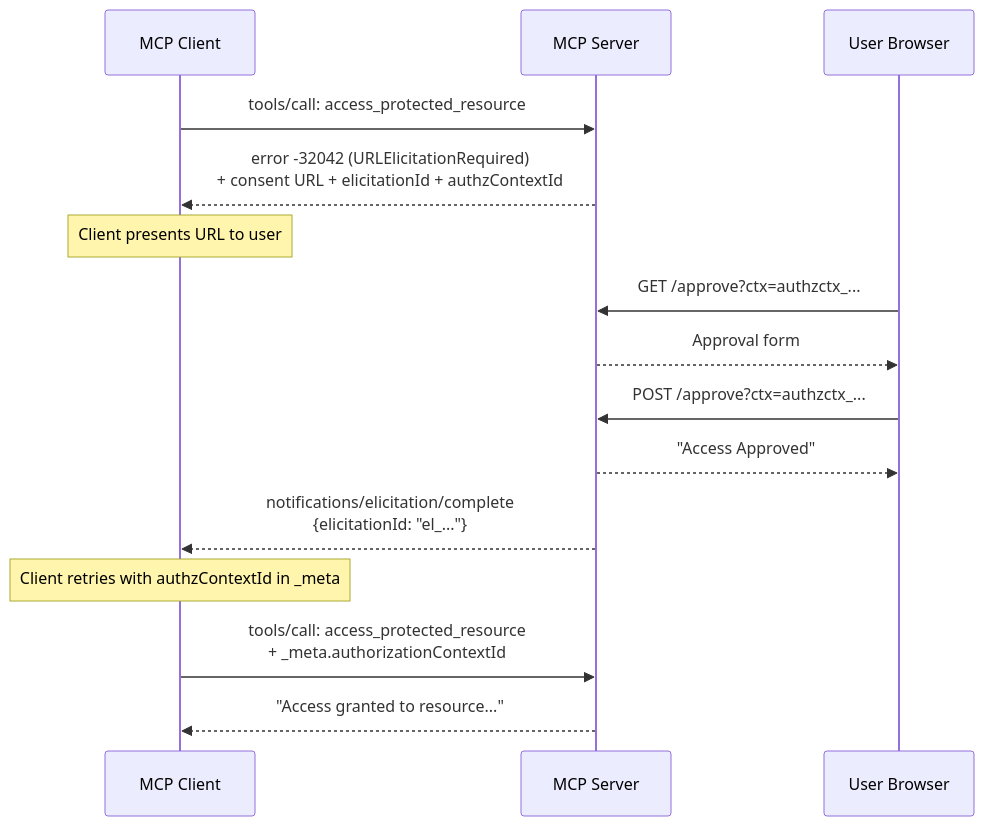
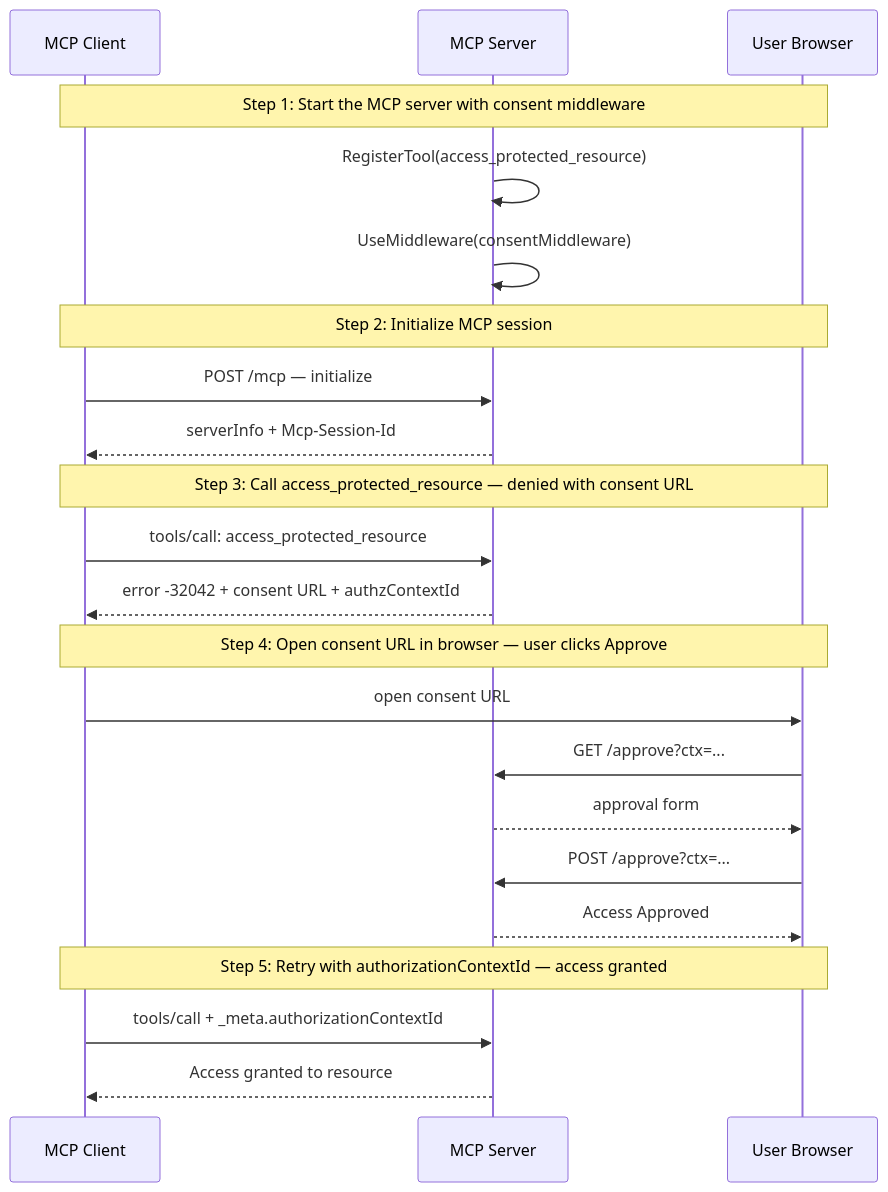
Before and after one commit to panyam/mcpkit: the diagram in examples/elicitation/README.md, drawn with Mermaid. The commit also changed other lines of this file and 5 other files, not shown here.

````diff
--- a/examples/elicitation/README.md
+++ b/examples/elicitation/README.md
@@ -28,23 +15,29 @@
 ```mermaid
 sequenceDiagram
     participant Client as MCP Client
     participant Server as MCP Server
     participant Browser as User Browser
 
+    Note over Client,Browser: Step 1: Start the MCP server with consent middleware
+    Server->>Server: RegisterTool(access_protected_resource)
+    Server->>Server: UseMiddleware(consentMiddleware)
+
+    Note over Client,Browser: Step 2: Initialize MCP session
+    Client->>Server: POST /mcp — initialize
+    Server-->>Client: serverInfo + Mcp-Session-Id
+
+    Note over Client,Browser: Step 3: Call access_protected_resource — denied with consent URL
     Client->>Server: tools/call: access_protected_resource
-    Server-->>Client: error -32042 (URLElicitationRequired)<br/>+ consent URL + elicitationId + authzContextId
+    Server-->>Client: error -32042 + consent URL + authzContextId
 
-    Note over Client: Client presents URL to user
+    Note over Client,Browser: Step 4: Open consent URL in browser — user clicks Approve
+    Client->>Browser: open consent URL
+    Browser->>Server: GET /approve?ctx=...
+    Server-->>Browser: approval form
+    Browser->>Server: POST /approve?ctx=...
+    Server-->>Browser: Access Approved
 
-    Browser->>Server: GET /approve?ctx=authzctx_...
-    Server-->>Browser: Approval form
-
-    Browser->>Server: POST /approve?ctx=authzctx_...
-    Server-->>Browser: "Access Approved"
-    Server-->>Client: notifications/elicitation/complete<br/>{elicitationId: "el_..."}
-
-    Note over Client: Client retries with authzContextId in _meta
-
-    Client->>Server: tools/call: access_protected_resource<br/>+ _meta.authorizationContextId
-    Server-->>Client: "Access granted to resource..."
+    Note over Client,Browser: Step 5: Retry with authorizationContextId — access granted
+    Client->>Server: tools/call + _meta.authorizationContextId
+    Server-->>Client: Access granted to resource
 ```
````
